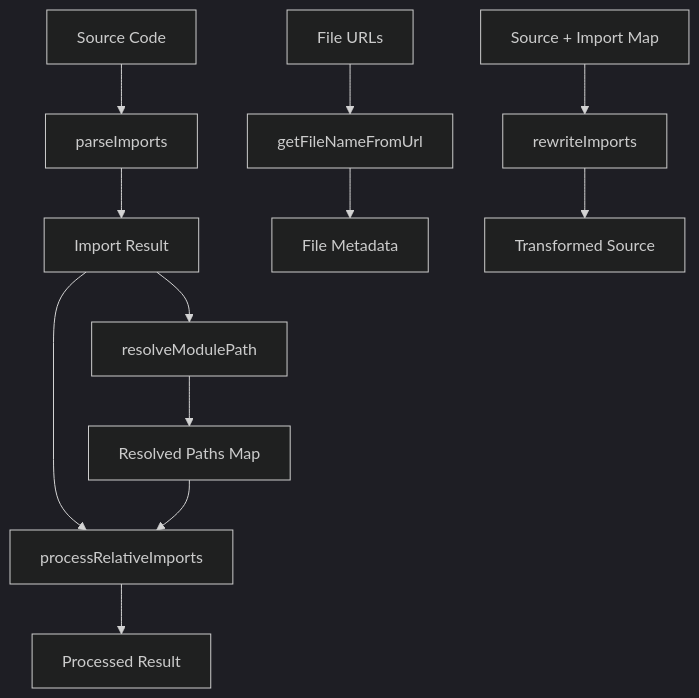
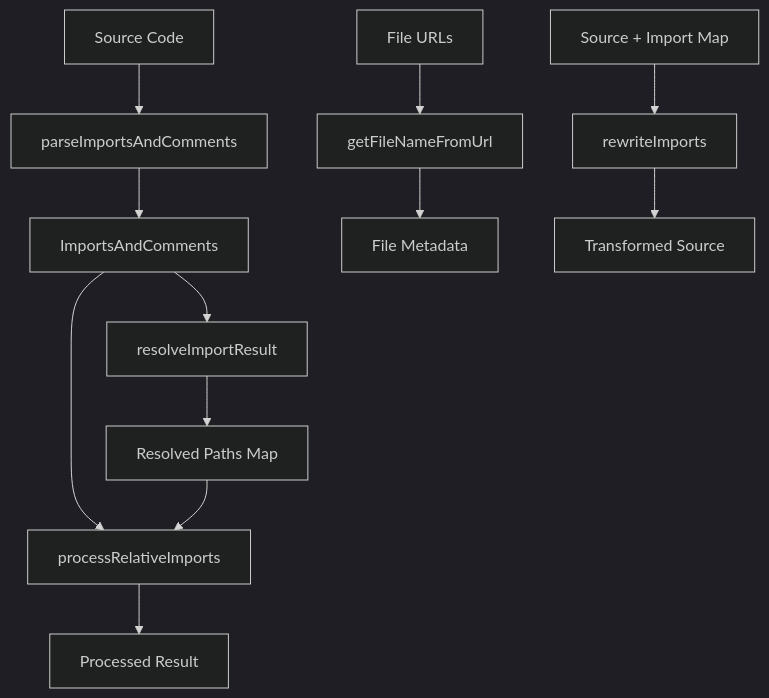
One commit to mui/mui-public changed the diagram in docs/app/docs-infra/functions/loader-utils/page.mdx. Above: the diagram before and after it, drawn with Mermaid (dark theme). The commit also changed other lines of this file and 4 other files, not shown here.

````diff
--- a/docs/app/docs-infra/functions/loader-utils/page.mdx
+++ b/docs/app/docs-infra/functions/loader-utils/page.mdx
@@ -17,16 +22,16 @@
 ```mermaid
 graph TD
-    A[Source Code] --> B[parseImports]
-    B --> C[Import Result]
-    C --> D[resolveModulePath]
+    A[Source Code] --> B[parseImportsAndComments]
+    B --> C[ImportsAndComments]
+    C --> D[resolveImportResult]
     D --> E[Resolved Paths Map]
     C --> F[processRelativeImports]
     E --> F
     F --> G[Processed Result]
 
     H[File URLs] --> I[getFileNameFromUrl]
     I --> J[File Metadata]
 
     K[Source + Import Map] --> L[rewriteImports]
     L --> M[Transformed Source]
 ```
````
